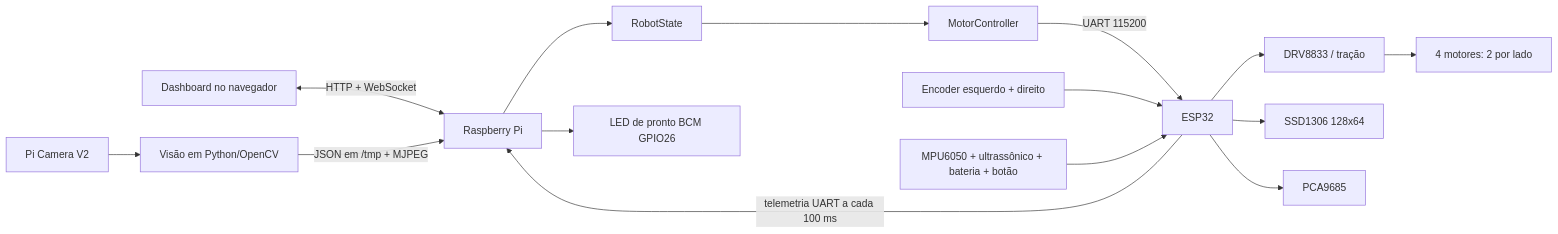
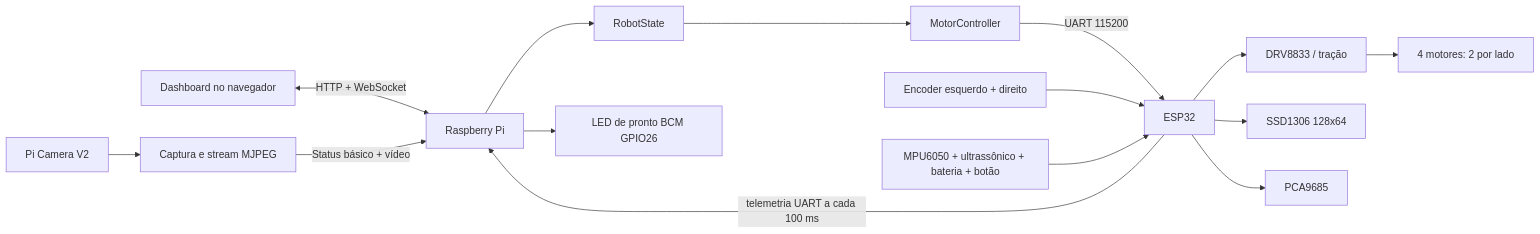
The diagram in docs/GUIA_COMPLETO_DO_PROJETO.md (ORC-Robotics/soul-robot), drawn with Mermaid before and after one commit. The commit also changed other lines of this file and 18 other files, not shown here.

````diff
--- a/docs/GUIA_COMPLETO_DO_PROJETO.md
+++ b/docs/GUIA_COMPLETO_DO_PROJETO.md
@@ -85,17 +85,17 @@
 ```mermaid
 flowchart LR
     Browser[Dashboard no navegador] <-->|HTTP + WebSocket| Pi[Raspberry Pi]
-    Camera[Pi Camera V2] --> Vision[Visão em Python/OpenCV]
-    Vision -->|JSON em /tmp + MJPEG| Pi
+    Camera[Pi Camera V2] --> Capture[Captura e stream MJPEG]
+    Capture -->|Status básico + vídeo| Pi
     Pi --> State[RobotState]
     State --> MotorController[MotorController]
     MotorController -->|UART 115200| ESP[ESP32]
     ESP -->|telemetria UART a cada 100 ms| Pi
     ESP --> Drivers[DRV8833 / tração]
     Drivers --> Motors[4 motores: 2 por lado]
     Encoders[Encoder esquerdo + direito] --> ESP
     Sensors[MPU6050 + ultrassônico + bateria + botão] --> ESP
     ESP --> OLED[SSD1306 128x64]
     ESP --> PCA[PCA9685]
     Pi --> ReadyLed[LED de pronto BCM GPIO26]
 ```
````
